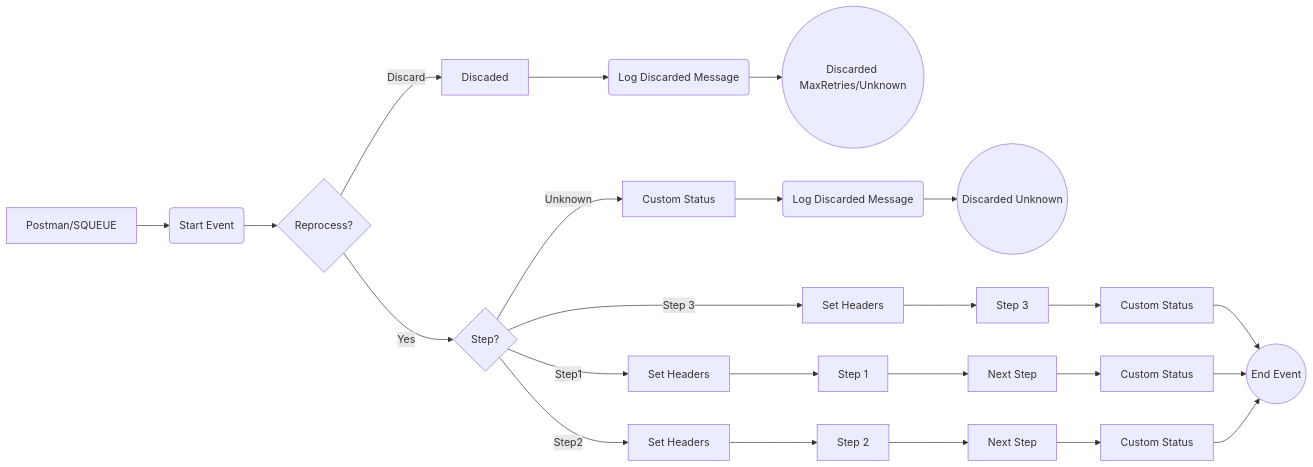
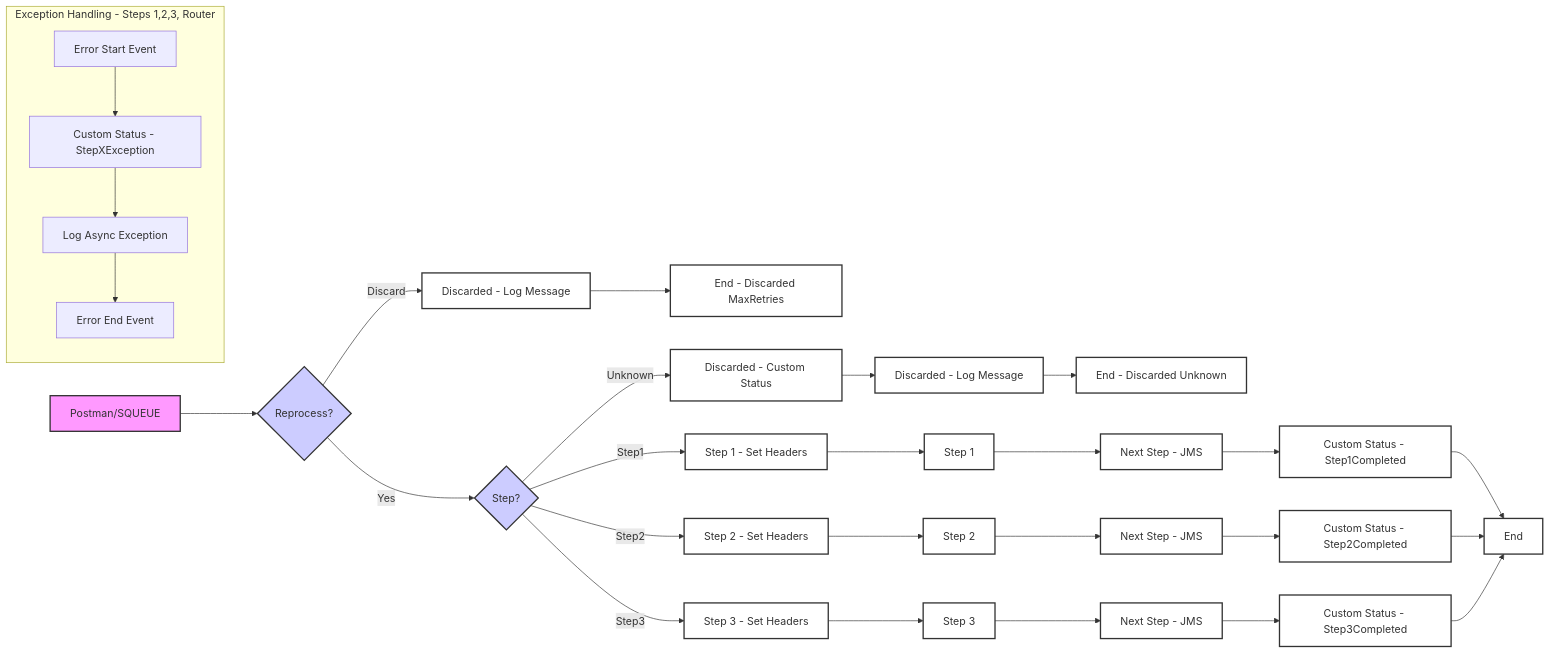
One commit to Avvale-IA-CICD/AvvaleCPI changed the diagram in MMZ - Templates/SEDA_Model_-_Single_Queue_-_Restart_and_Discard-1.0.0/readme.md. Above: the diagram before and after it, drawn with Mermaid. The commit also changed other lines of this file, not shown here.

Commit message:
Add/update documentation for SEDA_Model_-_Single_Queue_-_Restart_and_Discard v1.0.0

````diff
--- a/MMZ - Templates/SEDA_Model_-_Single_Queue_-_Restart_and_Discard-1.0.0/readme.md
+++ b/MMZ - Templates/SEDA_Model_-_Single_Queue_-_Restart_and_Discard-1.0.0/readme.md
@@ -6,26 +5,53 @@
 ```mermaid
 graph LR
-    A[Postman/SQUEUE] --> B(Start Event)
-    B --> C{Reprocess?};
-    C -- Yes --> D{Step?};
-    C -- Discard --> E[Discaded];
-    E --> F(Log Discarded Message);
-    F --> G((Discarded MaxRetries/Unknown));
-    D -- Step1 --> H[Set Headers];
-    D -- Step2 --> I[Set Headers];
-    D -- Step 3 --> J[Set Headers];
-    D -- Unknown --> K[Custom Status];
-    K --> L(Log Discarded Message);
-    L --> M((Discarded Unknown));
-    H --> N[Step 1];
-    I --> O[Step 2];
-    J --> P[Step 3];
-    N --> Q[Next Step];
-    O --> R[Next Step];
-    P --> S[Custom Status];
-    S --> T((End Event));
-    Q --> U[Custom Status];
-    U --> T;
-    R --> V[Custom Status];
-    V --> T;
+    A[Postman/SQUEUE] --> B{Reprocess?};
+    B -- Yes --> C{Step?};
+    B -- Discard --> K[Discarded - Log Message];
+    K --> L[End - Discarded MaxRetries];
+    C -- Step1 --> D[Step 1 - Set Headers];
+    C -- Step2 --> E[Step 2 - Set Headers];
+    C -- Step3 --> F[Step 3 - Set Headers];
+    C -- Unknown --> G[Discarded - Custom Status];
+    G --> H[Discarded - Log Message];
+    H --> I[End - Discarded Unknown];
+    D --> J[Step 1];
+    E --> M[Step 2];
+    F --> N[Step 3];
+    J --> O[Next Step - JMS];
+    M --> P[Next Step - JMS];
+    N --> Q[Next Step - JMS];
+    O --> R[Custom Status - Step1Completed];
+    P --> S[Custom Status - Step2Completed];
+    Q --> T[Custom Status - Step3Completed];
+    R --> Z[End];
+    S --> Z;
+    T --> Z;
+    
+    subgraph "Exception Handling - Steps 1,2,3, Router"
+    ZZ[Error Start Event] --> XXX[Custom Status - StepXException];
+    XXX --> YYY[Log Async Exception];
+    YYY --> ZZZ[Error End Event];
+    end
+    
+    style A fill:#f9f,stroke:#333,stroke-width:2px
+    style B fill:#ccf,stroke:#333,stroke-width:2px
+    style C fill:#ccf,stroke:#333,stroke-width:2px
+    style D fill:#fff,stroke:#333,stroke-width:2px
+    style E fill:#fff,stroke:#333,stroke-width:2px
+    style F fill:#fff,stroke:#333,stroke-width:2px
+    style G fill:#fff,stroke:#333,stroke-width:2px
+    style H fill:#fff,stroke:#333,stroke-width:2px
+    style I fill:#fff,stroke:#333,stroke-width:2px
+    style J fill:#fff,stroke:#333,stroke-width:2px
+    style K fill:#fff,stroke:#333,stroke-width:2px
+    style L fill:#fff,stroke:#333,stroke-width:2px
+    style M fill:#fff,stroke:#333,stroke-width:2px
+    style N fill:#fff,stroke:#333,stroke-width:2px
+    style O fill:#fff,stroke:#333,stroke-width:2px
+    style P fill:#fff,stroke:#333,stroke-width:2px
+    style Q fill:#fff,stroke:#333,stroke-width:2px
+    style R fill:#fff,stroke:#333,stroke-width:2px
+    style S fill:#fff,stroke:#333,stroke-width:2px
+    style T fill:#fff,stroke:#333,stroke-width:2px
+    style Z fill:#fff,stroke:#333,stroke-width:2px
 ```
````
